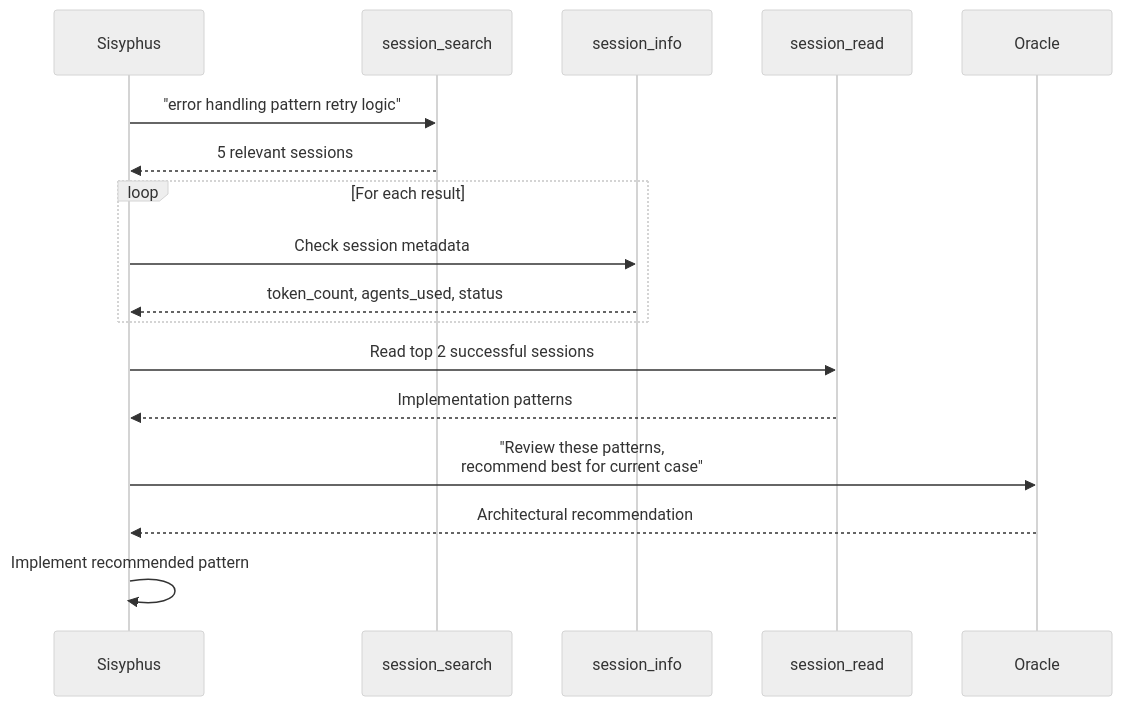
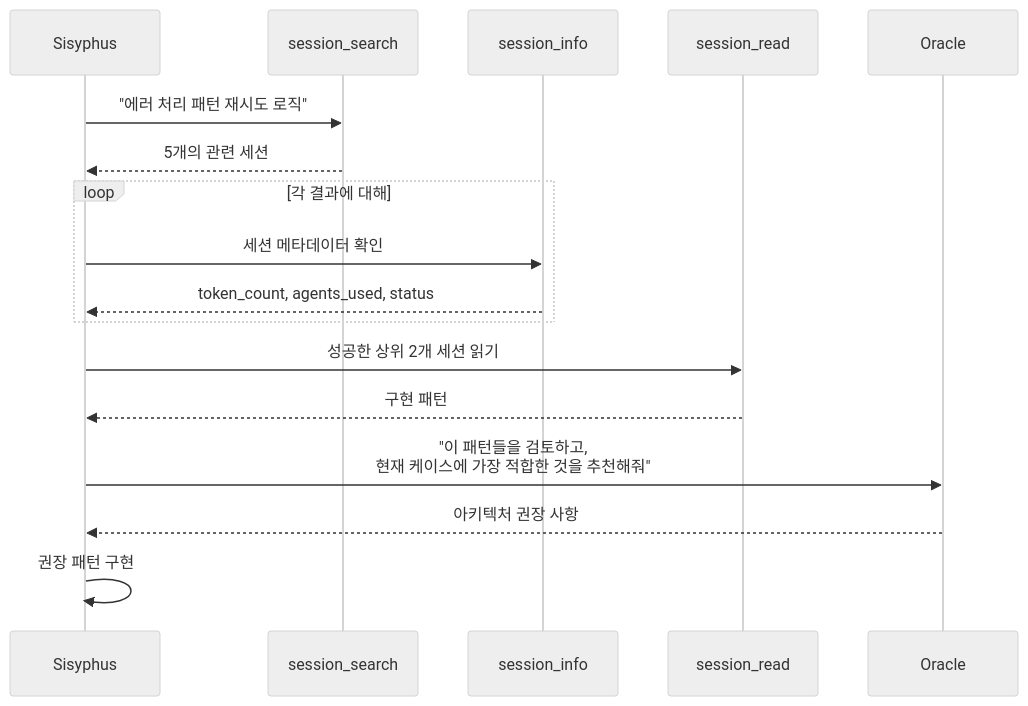
Before and after one commit to felipetruman/oh-my-opencode-docs: the fourth of 8 diagrams in docs/tools/session-management-tools.md, drawn with Mermaid (neutral theme). The commit also changed other lines of this file and 76 other files, not shown here.

````diff
--- a/docs/tools/session-management-tools.md
+++ b/docs/tools/session-management-tools.md
@@ -475,20 +473,20 @@
 ```mermaid
 sequenceDiagram
   participant p1 as Sisyphus
   participant p2 as session_search
   participant p3 as session_info
   participant p4 as session_read
   participant p5 as Oracle
 
-  p1->>p2: "error handling pattern retry logic"
-  p2-->>p1: 5 relevant sessions
-  loop For each result
-    p1->>p3: Check session metadata
+  p1->>p2: "에러 처리 패턴 재시도 로직"
+  p2-->>p1: 5개의 관련 세션
+  loop 각 결과에 대해
+    p1->>p3: 세션 메타데이터 확인
     p3-->>p1: token_count, agents_used, status
   end
-  p1->>p4: Read top 2 successful sessions
-  p4-->>p1: Implementation patterns
-  p1->>p5: "Review these patterns,<br/>recommend best for current case"
-  p5-->>p1: Architectural recommendation
-  p1->>p1: Implement recommended pattern
+  p1->>p4: 성공한 상위 2개 세션 읽기
+  p4-->>p1: 구현 패턴
+  p1->>p5: "이 패턴들을 검토하고,<br/>현재 케이스에 가장 적합한 것을 추천해줘"
+  p5-->>p1: 아키텍처 권장 사항
+  p1->>p1: 권장 패턴 구현
 ```
````
